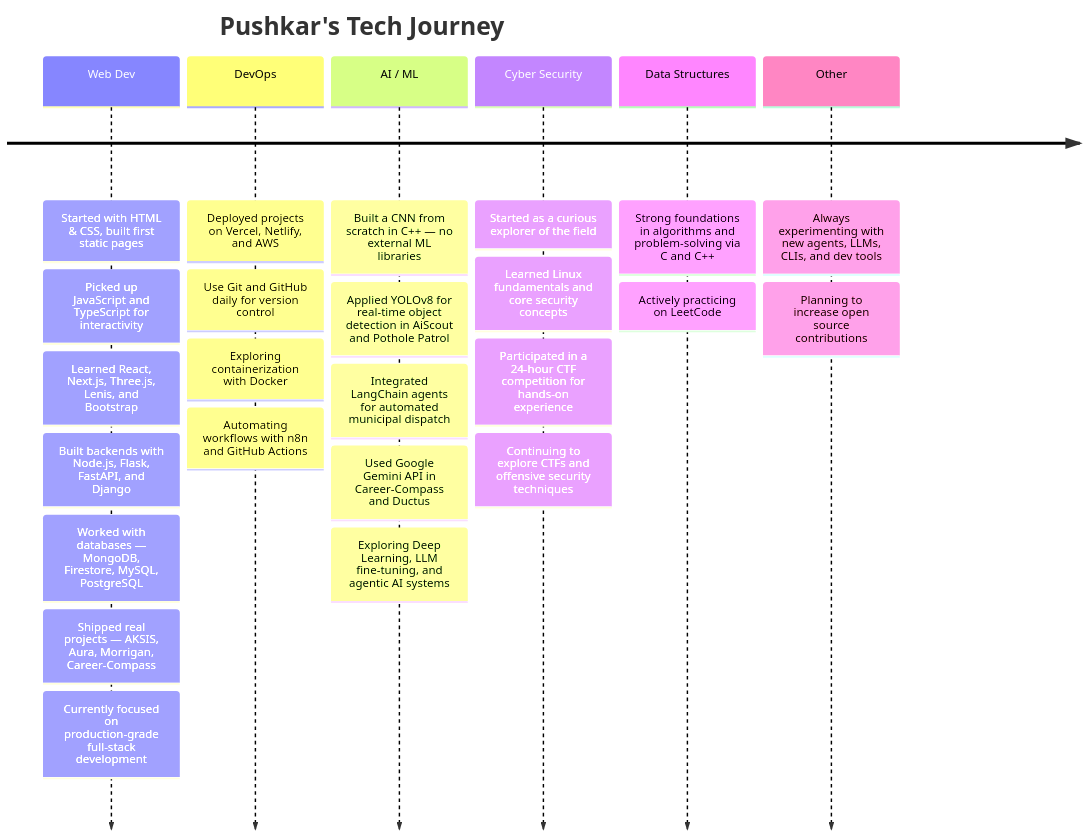
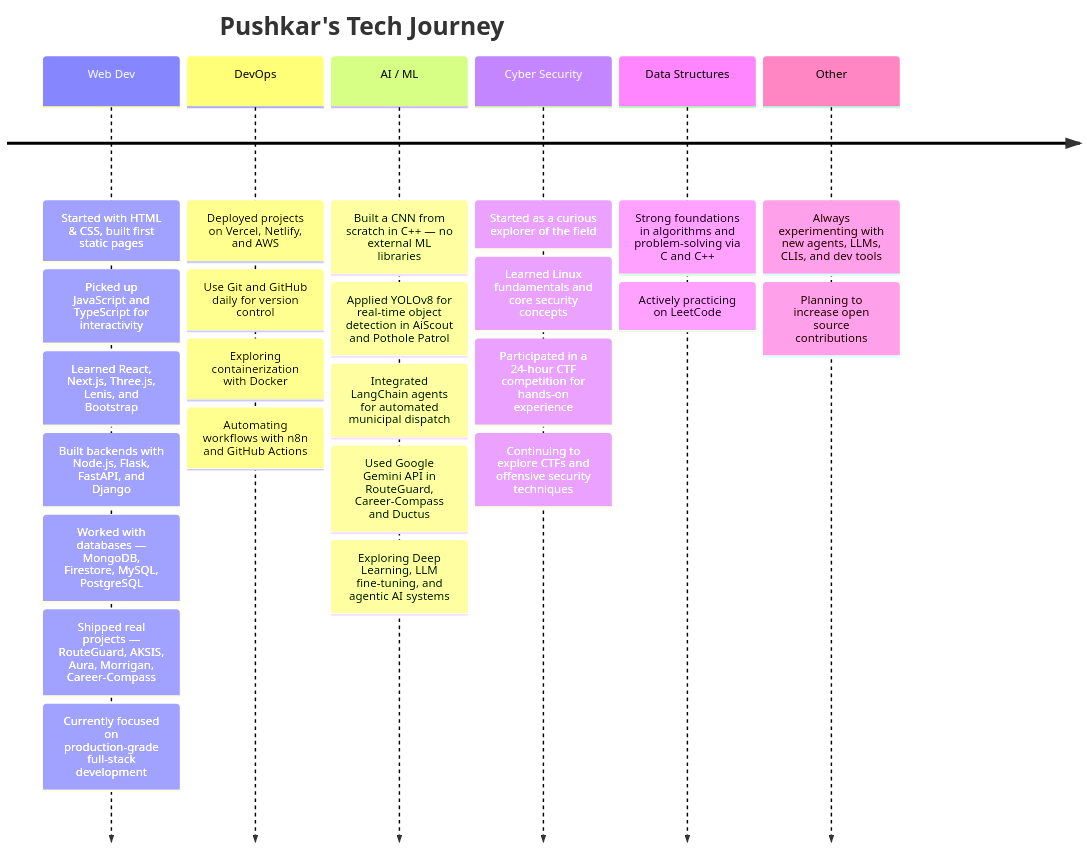
Before and after one commit to pushkar156/pushkar156: the diagram in README.md, drawn with Mermaid.

Commit message:
updated project list

````diff
--- a/README.md
+++ b/README.md
@@ -244,34 +244,34 @@
 ```mermaid
 timeline
     title Pushkar's Tech Journey
     Web Dev
         : Started with HTML & CSS, built first static pages
         : Picked up JavaScript and TypeScript for interactivity
         : Learned React, Next.js, Three.js, Lenis, and Bootstrap
         : Built backends with Node.js, Flask, FastAPI, and Django
         : Worked with databases — MongoDB, Firestore, MySQL, PostgreSQL
-        : Shipped real projects — AKSIS, Aura, Morrigan, Career-Compass
+        : Shipped real projects — RouteGuard, AKSIS, Aura, Morrigan, Career-Compass
         : Currently focused on production-grade full-stack development
     DevOps
         : Deployed projects on Vercel, Netlify, and AWS
         : Use Git and GitHub daily for version control
         : Exploring containerization with Docker
         : Automating workflows with n8n and GitHub Actions
     AI / ML
         : Built a CNN from scratch in C++ — no external ML libraries
         : Applied YOLOv8 for real-time object detection in AiScout and Pothole Patrol
         : Integrated LangChain agents for automated municipal dispatch
-        : Used Google Gemini API in Career-Compass and Ductus
+        : Used Google Gemini API in RouteGuard, Career-Compass and Ductus
         : Exploring Deep Learning, LLM fine-tuning, and agentic AI systems
     Cyber Security
         : Started as a curious explorer of the field
         : Learned Linux fundamentals and core security concepts
         : Participated in a 24-hour CTF competition for hands-on experience
         : Continuing to explore CTFs and offensive security techniques
     Data Structures
         : Strong foundations in algorithms and problem-solving via C and C++
         : Actively practicing on LeetCode
     Other
         : Always experimenting with new agents, LLMs, CLIs, and dev tools
         : Planning to increase open source contributions
 ```
````
